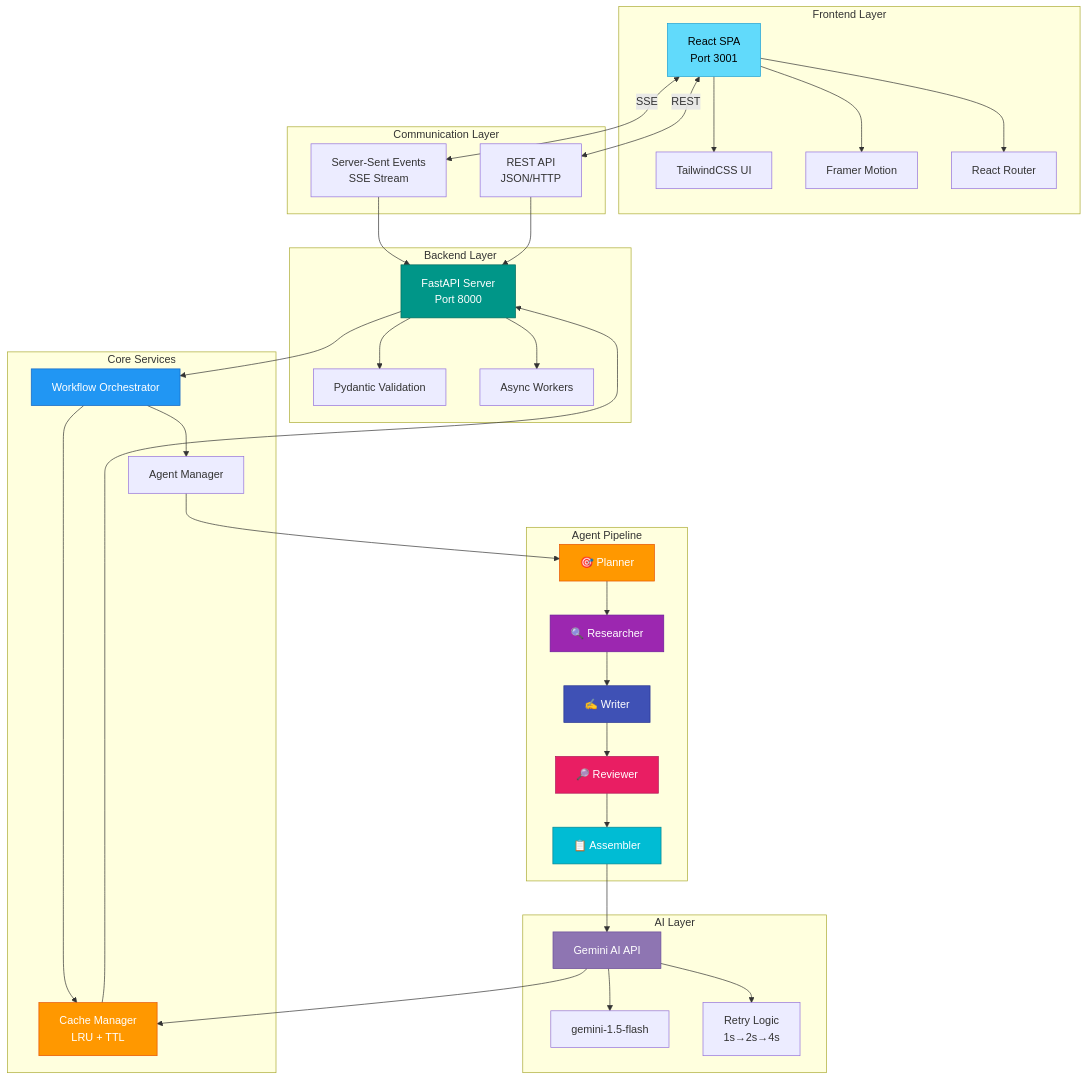
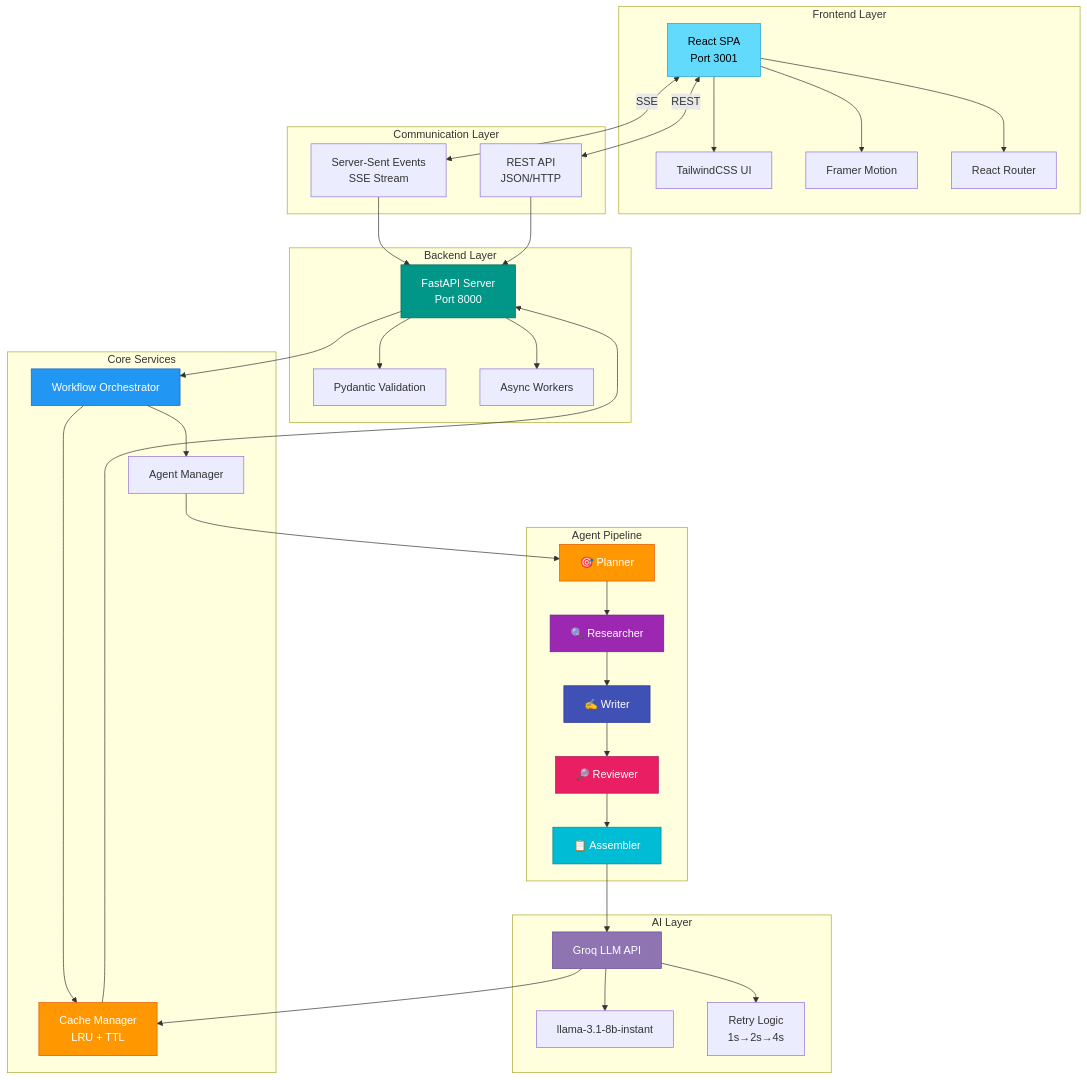
One commit to YatindraRai002/FlowForge-AI changed the second of 13 diagrams in README.md. Above: the diagram before and after it, drawn with Mermaid. The commit also changed other lines of this file, not shown here.

Commit message:
Replace Gemini AI with Groq LLM in README

````diff
--- a/README.md
+++ b/README.md
@@ -131,71 +131,71 @@
 ```mermaid
 graph TB
     subgraph "Frontend Layer"
         A[React SPA<br/>Port 3001]
         A1[TailwindCSS UI]
         A2[Framer Motion]
         A3[React Router]
         A --> A1
         A --> A2
         A --> A3
     end
     
     subgraph "Communication Layer"
         B[Server-Sent Events<br/>SSE Stream]
         C[REST API<br/>JSON/HTTP]
     end
     
     subgraph "Backend Layer"
         D[FastAPI Server<br/>Port 8000]
         D1[Pydantic Validation]
         D2[Async Workers]
         D --> D1
         D --> D2
     end
     
     subgraph "Core Services"
         E[Workflow Orchestrator]
         F[Cache Manager<br/>LRU + TTL]
         G[Agent Manager]
     end
     
     subgraph "AI Layer"
-        H[Gemini AI API]
-        H1[gemini-1.5-flash]
+        H[Groq LLM API]
+        H1[llama-3.1-8b-instant]
         H2[Retry Logic<br/>1s→2s→4s]
         H --> H1
         H --> H2
     end
     
     subgraph "Agent Pipeline"
         I1[🎯 Planner]
         I2[🔍 Researcher]
         I3[✍️ Writer]
         I4[🔎 Reviewer]
         I5[📋 Assembler]
         I1 --> I2 --> I3 --> I4 --> I5
     end
     
     A <-->|SSE| B
     A <-->|REST| C
     B --> D
     C --> D
     D --> E
     E --> F
     E --> G
     G --> I1
     I5 --> H
     H --> F
     F --> D
     
     style A fill:#61DAFB,stroke:#21A0D2,color:#000
     style D fill:#009688,stroke:#00695C,color:#fff
     style E fill:#2196F3,stroke:#1565C0,color:#fff
     style F fill:#FF9800,stroke:#E65100,color:#fff
     style H fill:#8E75B2,stroke:#6A4C9A,color:#fff
     style I1 fill:#FF9800,stroke:#E65100,color:#fff
     style I2 fill:#9C27B0,stroke:#6A1B9A,color:#fff
     style I3 fill:#3F51B5,stroke:#283593,color:#fff
     style I4 fill:#E91E63,stroke:#AD1457,color:#fff
     style I5 fill:#00BCD4,stroke:#00838F,color:#fff
 ```
````
